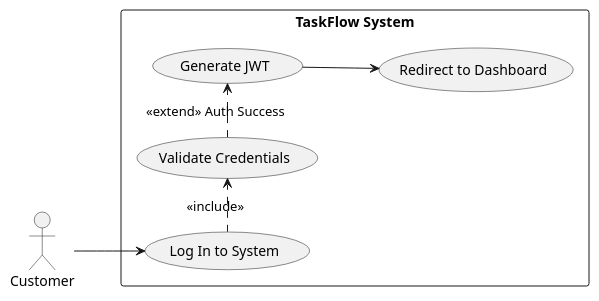
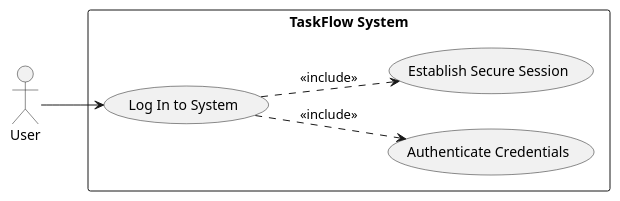
Before and after one commit to Chaman532003/framework: the first of 9 diagrams in artifacts/spec/spec.md, drawn with PlantUML. The commit also changed other lines of this file, not shown here.

Commit message:
[Propel IQ] Generate spec

````diff
--- a/artifacts/spec/spec.md
+++ b/artifacts/spec/spec.md
@@ -278,20 +285,18 @@
 ```plantuml
 @startuml
 left to right direction
 skinparam packageStyle rectangle
 
-actor Customer
+actor User
 
 rectangle "TaskFlow System" {
   usecase (Log In to System) as UC2
-  usecase (Validate Credentials) as UC2a
-  usecase (Generate JWT) as UC2b
-  usecase (Redirect to Dashboard) as UC2c
+  usecase (Authenticate Credentials) as UC_Auth
+  usecase (Establish Secure Session) as UC_Session
 }
 
-Customer --> UC2
-UC2 .> UC2a : <<include>>
-UC2a .> UC2b : <<extend>> Auth Success
-UC2b --> UC2c
+User --> UC2
+UC2 ..> UC_Auth : <<include>>
+UC2 ..> UC_Session : <<include>>
 @enduml
 ```
````
